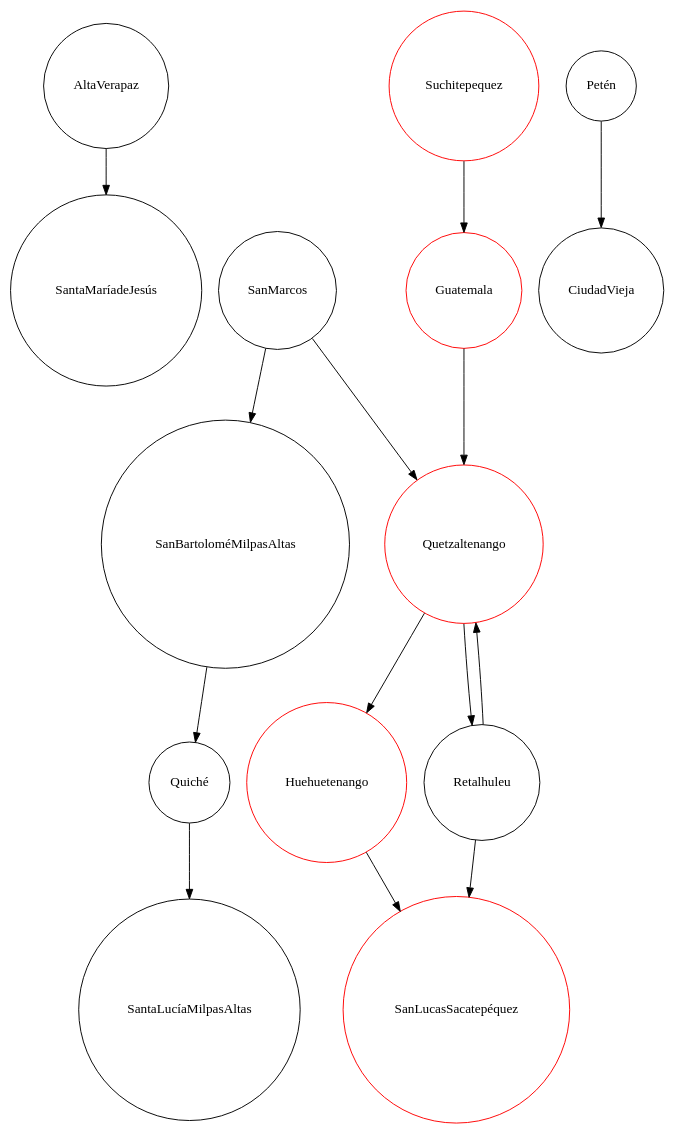
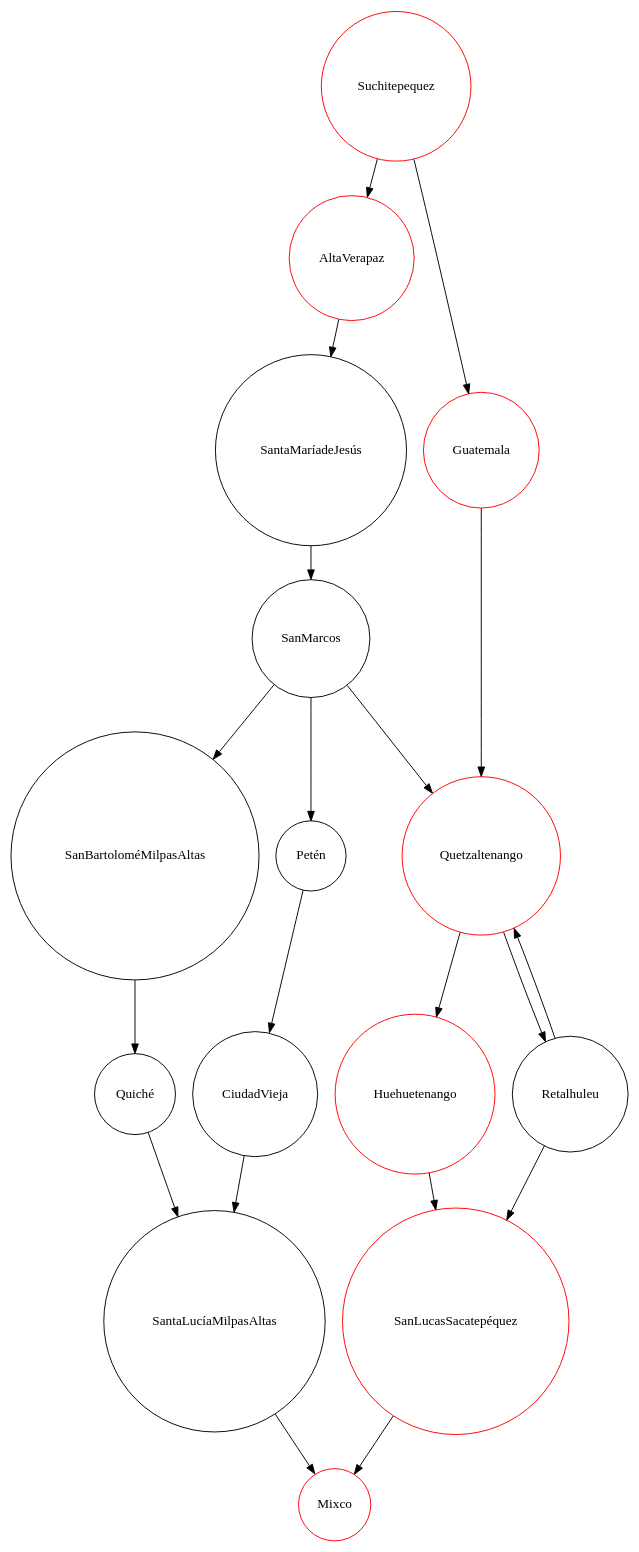
Before and after one commit to ger12xela/maps: the diagram in src/front/archivo.dot, drawn with Graphviz. The commit also changed 27 other files, not shown here.

```diff
--- a/src/front/archivo.dot
+++ b/src/front/archivo.dot
@@ -1,19 +1,20 @@
 digraph Grafo {
     size="60"
 		node [shape = circle];
 AltaVerapaz->SantaMaríadeJesús;
-SantaLucíaMilpasAltas;
+Mixco;
+SantaLucíaMilpasAltas->Mixco;
 Quiché->SantaLucíaMilpasAltas;
-SanLucasSacatepéquez;
+SanLucasSacatepéquez->Mixco;
 Huehuetenango->SanLucasSacatepéquez;
 SanBartoloméMilpasAltas->Quiché;
 Guatemala->Quetzaltenango;
-SanMarcos->Quetzaltenango ,SanBartoloméMilpasAltas;
+SanMarcos->Petén ,Quetzaltenango ,SanBartoloméMilpasAltas;
 Retalhuleu->Quetzaltenango ,SanLucasSacatepéquez;
 Quetzaltenango->Huehuetenango ,Retalhuleu;
-CiudadVieja;
+CiudadVieja->SantaLucíaMilpasAltas;
 Petén->CiudadVieja;
-SantaMaríadeJesús;
-Suchitepequez->Guatemala;
-Suchitepequez,Guatemala,Quetzaltenango,Huehuetenango,SanLucasSacatepéquez[color=red]
+SantaMaríadeJesús->SanMarcos;
+Suchitepequez->AltaVerapaz ,Guatemala;
+Suchitepequez,AltaVerapaz,Guatemala,Quetzaltenango,Huehuetenango,SanLucasSacatepéquez,Mixco[color=red]
 }
```
